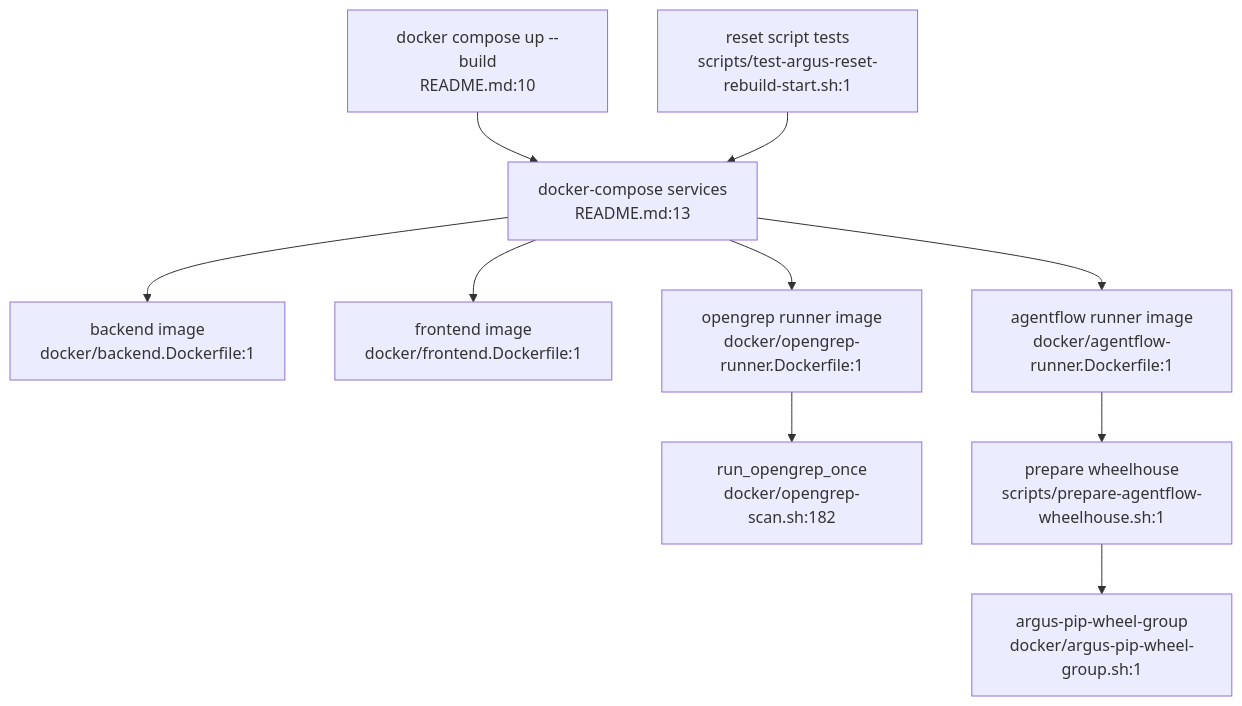
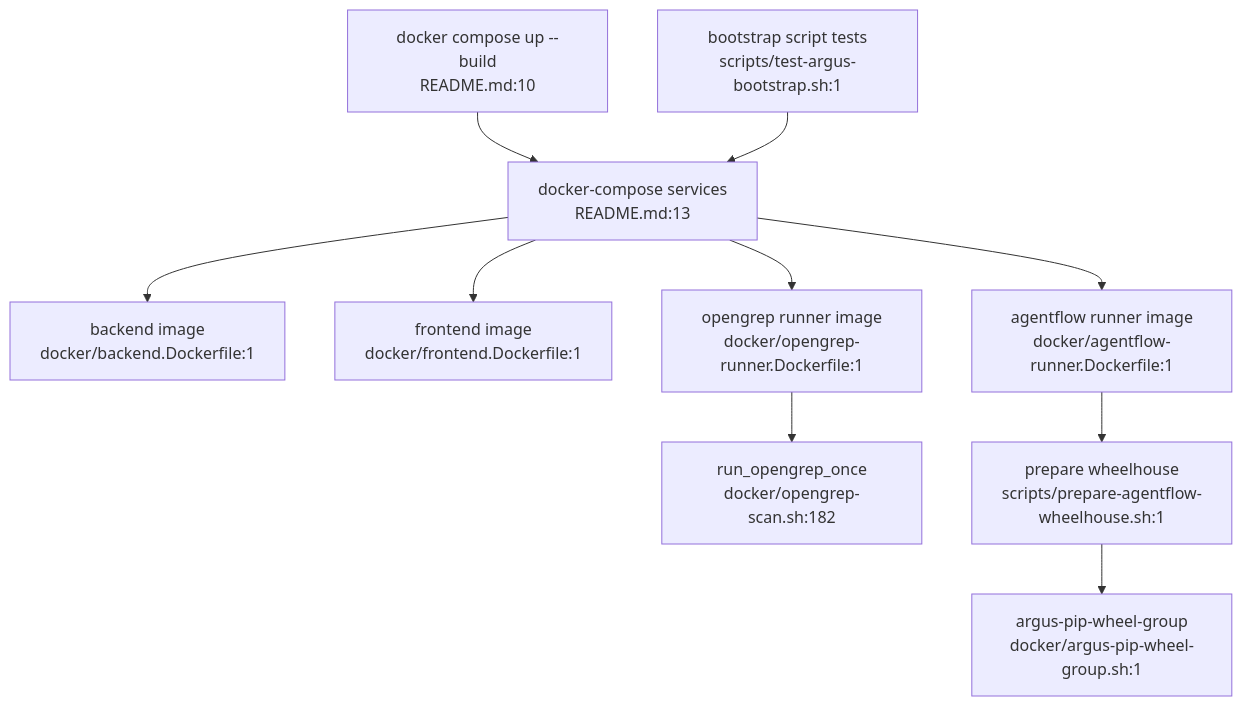
Before and after one commit to happytraveller-alone/Argus: the diagram in PATHFINDER-2026-04-30/01-flowcharts/runner-build-tooling.md, drawn with Mermaid. The commit also changed other lines of this file and 12 other files, not shown here.

````diff
--- a/PATHFINDER-2026-04-30/01-flowcharts/runner-build-tooling.md
+++ b/PATHFINDER-2026-04-30/01-flowcharts/runner-build-tooling.md
@@ -20,12 +20,12 @@
 ```mermaid
 flowchart TD
   User["docker compose up --build<br/>README.md:10"] --> Compose["docker-compose services<br/>README.md:13"]
   Compose --> BackendImage["backend image<br/>docker/backend.Dockerfile:1"]
   Compose --> FrontendImage["frontend image<br/>docker/frontend.Dockerfile:1"]
   Compose --> OpengrepImage["opengrep runner image<br/>docker/opengrep-runner.Dockerfile:1"]
   Compose --> AgentImage["agentflow runner image<br/>docker/agentflow-runner.Dockerfile:1"]
   OpengrepImage --> OpengrepShell["run_opengrep_once<br/>docker/opengrep-scan.sh:182"]
   AgentImage --> WheelPrep["prepare wheelhouse<br/>scripts/prepare-agentflow-wheelhouse.sh:1"]
   WheelPrep --> WheelGroup["argus-pip-wheel-group<br/>docker/argus-pip-wheel-group.sh:1"]
-  ResetTest["reset script tests<br/>scripts/test-argus-reset-rebuild-start.sh:1"] --> Compose
+  ResetTest["bootstrap script tests<br/>scripts/test-argus-bootstrap.sh:1"] --> Compose
 ```
````
